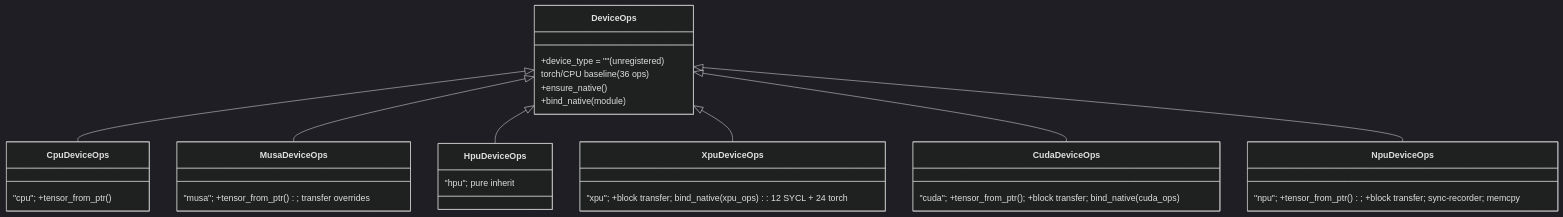
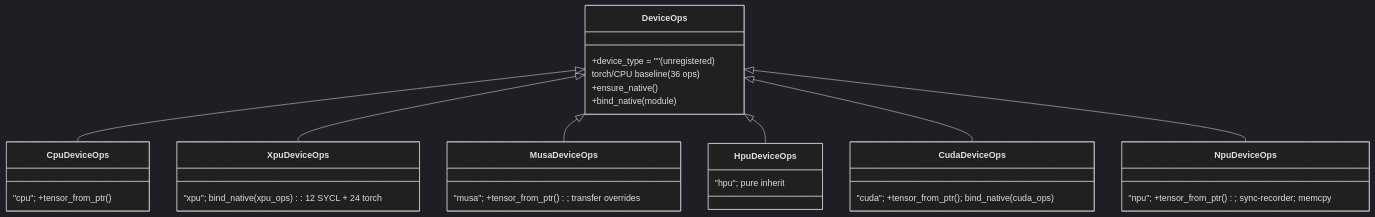
The diagram in docs/design/v1/platform/device_ops_design.md (LMCache/LMCache), drawn with Mermaid (dark theme) before and after one commit. The commit also changed other lines of this file and 6 other files, not shown here.

````diff
--- a/docs/design/v1/platform/device_ops_design.md
+++ b/docs/design/v1/platform/device_ops_design.md
@@ -205,21 +172,21 @@
 ```mermaid
 classDiagram
     DeviceOps <|-- CpuDeviceOps
+    DeviceOps <|-- XpuDeviceOps
     DeviceOps <|-- MusaDeviceOps
     DeviceOps <|-- HpuDeviceOps
-    DeviceOps <|-- XpuDeviceOps
     DeviceOps <|-- CudaDeviceOps
     DeviceOps <|-- NpuDeviceOps
     class DeviceOps {
       +device_type = "" (unregistered)
       torch/CPU baseline (36 ops)
       +ensure_native()
       +bind_native(module)
     }
     class CpuDeviceOps { "cpu"; +tensor_from_ptr() }
-    class CudaDeviceOps { "cuda"; +tensor_from_ptr(); +block transfer; bind_native(cuda_ops) }
-    class XpuDeviceOps { "xpu"; +block transfer; bind_native(xpu_ops): 12 SYCL + 24 torch }
+    class CudaDeviceOps { "cuda"; +tensor_from_ptr(); bind_native(cuda_ops) }
+    class XpuDeviceOps { "xpu"; bind_native(xpu_ops): 12 SYCL + 24 torch }
     class MusaDeviceOps { "musa"; +tensor_from_ptr(); transfer overrides }
-    class NpuDeviceOps { "npu"; +tensor_from_ptr(); +block transfer; sync-recorder; memcpy }
+    class NpuDeviceOps { "npu"; +tensor_from_ptr(); sync-recorder; memcpy }
     class HpuDeviceOps { "hpu"; pure inherit }
 ```
````
